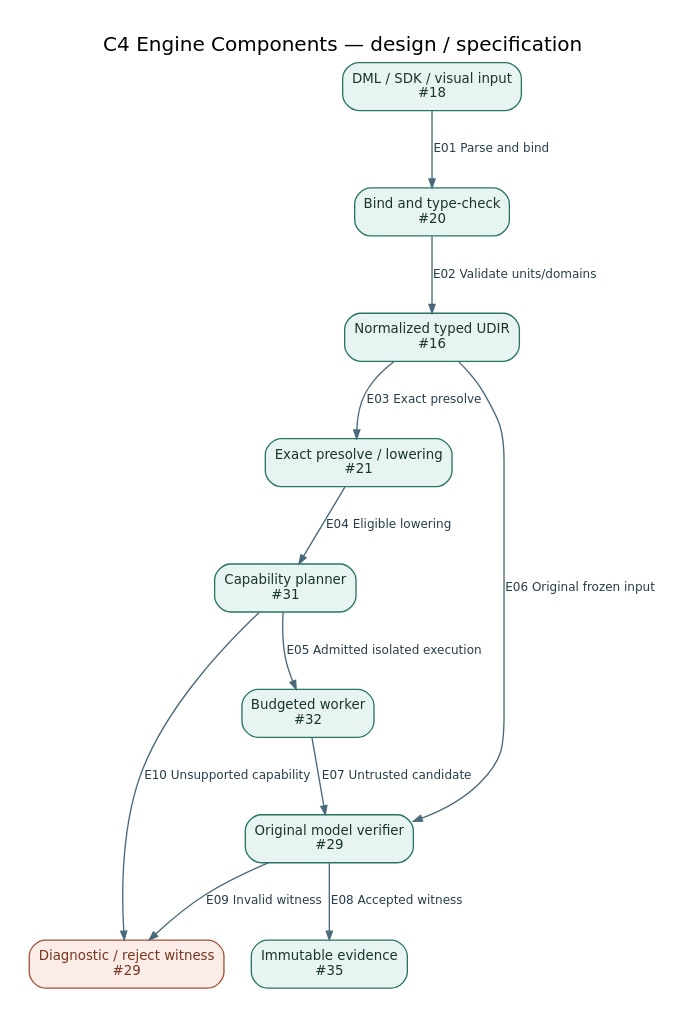
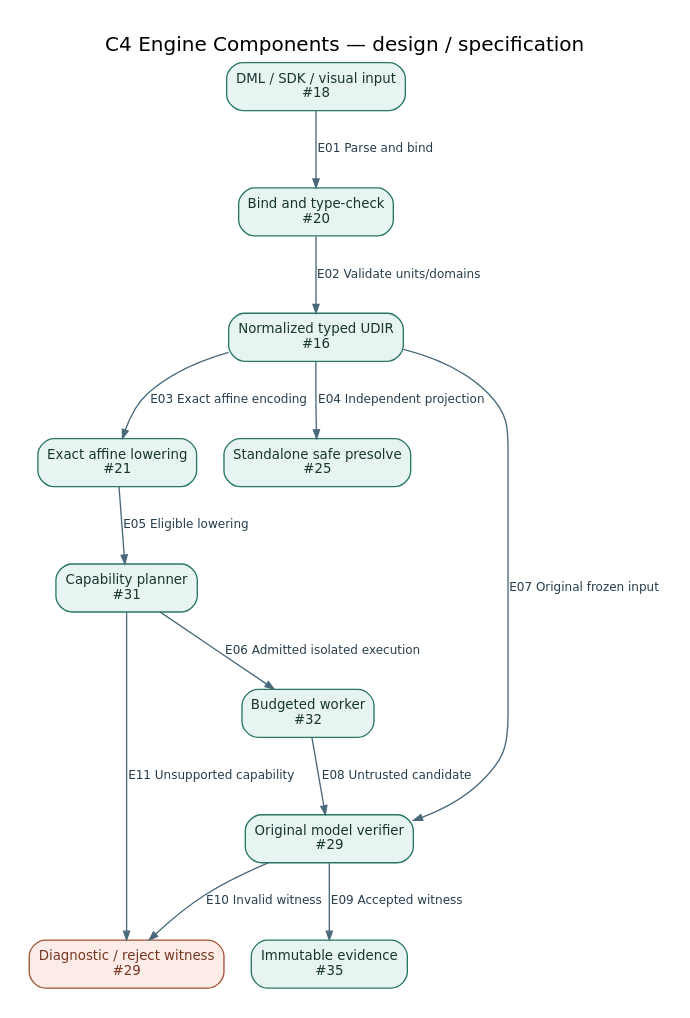
The diagram in docs/design/diagrams/sp03/engine.dot (ameenalqershi/wow-decision-intelligence), drawn with Graphviz before and after one commit. The commit also changed 10 other files, not shown here.

Commit message:
Review merged compiler boundaries and correct architecture cardinality

```diff
--- a/docs/design/diagrams/sp03/engine.dot
+++ b/docs/design/diagrams/sp03/engine.dot
@@ -1,24 +1,26 @@
 digraph G {
   graph [rankdir=TB, bgcolor="#ffffff", pad=0.2, nodesep=0.28, ranksep=0.65, fontname="DejaVu Sans", labelloc=t, fontsize=15, label="C4 Engine Components — design / specification"];
   node [shape=box, style="rounded,filled", fillcolor="#e8f4f1", color="#277664", fontname="DejaVu Sans", fontsize=10, fontcolor="#18352e"];
   edge [color="#49697b", fontcolor="#263d4b", fontname="DejaVu Sans", fontsize=9, arrowsize=0.65];
   "input" [label="DML / SDK / visual input\n#18", URL="https://github.com/ameenalqershi/wow-decision-intelligence/issues/18"];
   "bind" [label="Bind and type-check\n#20", URL="https://github.com/ameenalqershi/wow-decision-intelligence/issues/20"];
   "udir" [label="Normalized typed UDIR\n#16", URL="https://github.com/ameenalqershi/wow-decision-intelligence/issues/16"];
-  "lower" [label="Exact presolve / lowering\n#21", URL="https://github.com/ameenalqershi/wow-decision-intelligence/issues/21"];
+  "lower" [label="Exact affine lowering\n#21", URL="https://github.com/ameenalqershi/wow-decision-intelligence/issues/21"];
+  "presolve" [label="Standalone safe presolve\n#25", URL="https://github.com/ameenalqershi/wow-decision-intelligence/issues/25"];
   "plan" [label="Capability planner\n#31", URL="https://github.com/ameenalqershi/wow-decision-intelligence/issues/31"];
   "worker" [label="Budgeted worker\n#32", URL="https://github.com/ameenalqershi/wow-decision-intelligence/issues/32"];
   "verify" [label="Original model verifier\n#29", URL="https://github.com/ameenalqershi/wow-decision-intelligence/issues/29"];
   "evidence" [label="Immutable evidence\n#35", URL="https://github.com/ameenalqershi/wow-decision-intelligence/issues/35"];
   "reject" [label="Diagnostic / reject witness\n#29", URL="https://github.com/ameenalqershi/wow-decision-intelligence/issues/29", fillcolor="#fbece7", color="#a55236", fontcolor="#78351f"];
   "input" -> "bind" [label="E01 Parse and bind", tooltip="docs/design/engine.md: Parsing constructs an AST without external IO.", URL="https://github.com/ameenalqershi/wow-decision-intelligence/issues/20"];
   "bind" -> "udir" [label="E02 Validate units/domains", tooltip="docs/design/engine.md: Validate units, domains and scopes", URL="https://github.com/ameenalqershi/wow-decision-intelligence/issues/20"];
-  "udir" -> "lower" [label="E03 Exact presolve", tooltip="docs/design/engine.md: Exact presolve and reconstruction ledger", URL="https://github.com/ameenalqershi/wow-decision-intelligence/issues/21"];
-  "lower" -> "plan" [label="E04 Eligible lowering", tooltip="docs/design/engine.md: Unsupported exact lowering returns a diagnostic.", URL="https://github.com/ameenalqershi/wow-decision-intelligence/issues/31"];
-  "plan" -> "worker" [label="E05 Admitted isolated execution", tooltip="docs/design/architecture.md: one constrained native adapter process per admitted job", URL="https://github.com/ameenalqershi/wow-decision-intelligence/issues/32"];
-  "udir" -> "verify" [label="E06 Original frozen input", tooltip="docs/design/engine.md: Independent source-model evaluation", URL="https://github.com/ameenalqershi/wow-decision-intelligence/issues/29"];
-  "worker" -> "verify" [label="E07 Untrusted candidate", tooltip="docs/design/tenant-threat-model.md: Treat candidate as untrusted.", URL="https://github.com/ameenalqershi/wow-decision-intelligence/issues/29"];
-  "verify" -> "evidence" [label="E08 Accepted witness", tooltip="docs/design/operating-modes.md: Commit evidence for this revision", URL="https://github.com/ameenalqershi/wow-decision-intelligence/issues/35"];
-  "verify" -> "reject" [label="E09 Invalid witness", tooltip="docs/design/engine.md: Invalid witness → reject candidate and block proposal.", URL="https://github.com/ameenalqershi/wow-decision-intelligence/issues/29"];
-  "plan" -> "reject" [label="E10 Unsupported capability", tooltip="docs/design/engine.md: no eligible backend → unsupported", URL="https://github.com/ameenalqershi/wow-decision-intelligence/issues/31"];
+  "udir" -> "lower" [label="E03 Exact affine encoding", tooltip="docs/design/solver-lowering-v1.md: The managed lowering layer consumes the admitted M07 normalized graph", URL="https://github.com/ameenalqershi/wow-decision-intelligence/issues/21"];
+  "udir" -> "presolve" [label="E04 Independent projection", tooltip="docs/design/safe-presolve.md: Consumes the M07 admitted normalized graph without modifying the original UDIR or its revision identity.", URL="https://github.com/ameenalqershi/wow-decision-intelligence/issues/25"];
+  "lower" -> "plan" [label="E05 Eligible lowering", tooltip="docs/design/engine.md: Unsupported exact lowering returns a diagnostic.", URL="https://github.com/ameenalqershi/wow-decision-intelligence/issues/31"];
+  "plan" -> "worker" [label="E06 Admitted isolated execution", tooltip="docs/design/architecture.md: one constrained native adapter process per admitted job", URL="https://github.com/ameenalqershi/wow-decision-intelligence/issues/32"];
+  "udir" -> "verify" [label="E07 Original frozen input", tooltip="docs/design/engine.md: Independent source-model evaluation", URL="https://github.com/ameenalqershi/wow-decision-intelligence/issues/29"];
+  "worker" -> "verify" [label="E08 Untrusted candidate", tooltip="docs/design/tenant-threat-model.md: Treat candidate as untrusted.", URL="https://github.com/ameenalqershi/wow-decision-intelligence/issues/29"];
+  "verify" -> "evidence" [label="E09 Accepted witness", tooltip="docs/design/operating-modes.md: Commit evidence for this revision", URL="https://github.com/ameenalqershi/wow-decision-intelligence/issues/35"];
+  "verify" -> "reject" [label="E10 Invalid witness", tooltip="docs/design/engine.md: Invalid witness → reject candidate and block proposal.", URL="https://github.com/ameenalqershi/wow-decision-intelligence/issues/29"];
+  "plan" -> "reject" [label="E11 Unsupported capability", tooltip="docs/design/engine.md: no eligible backend → unsupported", URL="https://github.com/ameenalqershi/wow-decision-intelligence/issues/31"];
 }
```
